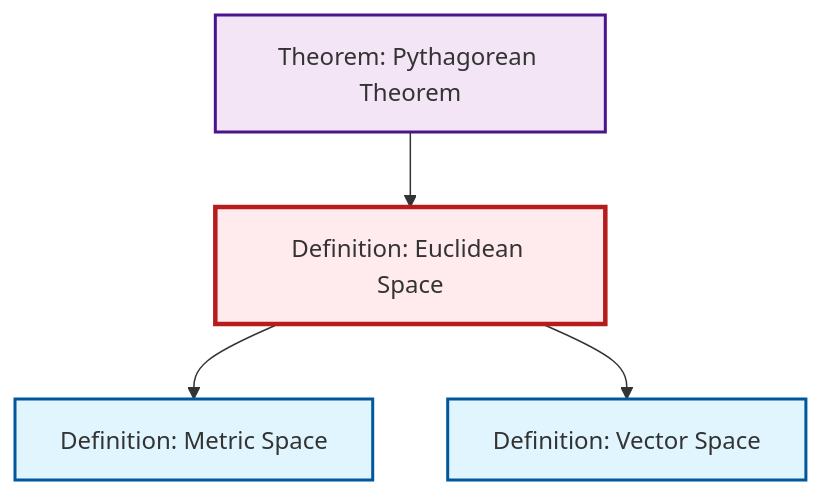
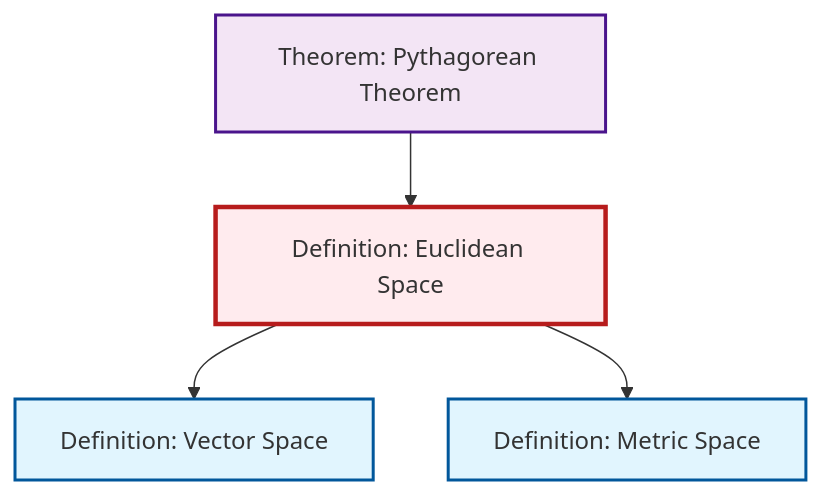
One commit to RK0429/ModernMath changed the second of 2 diagrams in content/en/geometry/def-euclidean-space.qmd. Above: the diagram before and after it, drawn with Mermaid. The commit also changed other lines of this file and 531 other files, not shown here.

````diff
--- a/content/en/geometry/def-euclidean-space.qmd
+++ b/content/en/geometry/def-euclidean-space.qmd
@@ -67,20 +67,20 @@
 ```{mermaid}
 %%| fig-cap: "Local dependency graph"
 graph TD
     classDef definition fill:#e1f5fe,stroke:#01579b,stroke-width:2px
     classDef theorem fill:#f3e5f5,stroke:#4a148c,stroke-width:2px
     classDef axiom fill:#fff3e0,stroke:#e65100,stroke-width:2px
     classDef example fill:#e8f5e9,stroke:#1b5e20,stroke-width:2px
     classDef current fill:#ffebee,stroke:#b71c1c,stroke-width:3px
+    def-vector-space["Definition: Vector Space"]:::definition
+    def-metric-space["Definition: Metric Space"]:::definition
     def-euclidean-space["Definition: Euclidean Space"]:::definition
     thm-pythagorean["Theorem: Pythagorean Theorem"]:::theorem
-    def-metric-space["Definition: Metric Space"]:::definition
-    def-vector-space["Definition: Vector Space"]:::definition
+    def-euclidean-space --> def-vector-space
+    def-euclidean-space --> def-metric-space
     thm-pythagorean --> def-euclidean-space
-    def-euclidean-space --> def-metric-space
-    def-euclidean-space --> def-vector-space
     class def-euclidean-space current
+    click def-vector-space "def-vector-space.html" "Go to Vector Space definition"
+    click def-metric-space "def-metric-space.html" "Go to Metric Space definition"
     click thm-pythagorean "thm-pythagorean.html" "Go to Pythagorean Theorem theorem"
-    click def-metric-space "def-metric-space.html" "Go to Metric Space definition"
-    click def-vector-space "def-vector-space.html" "Go to Vector Space definition"
 ```
````
